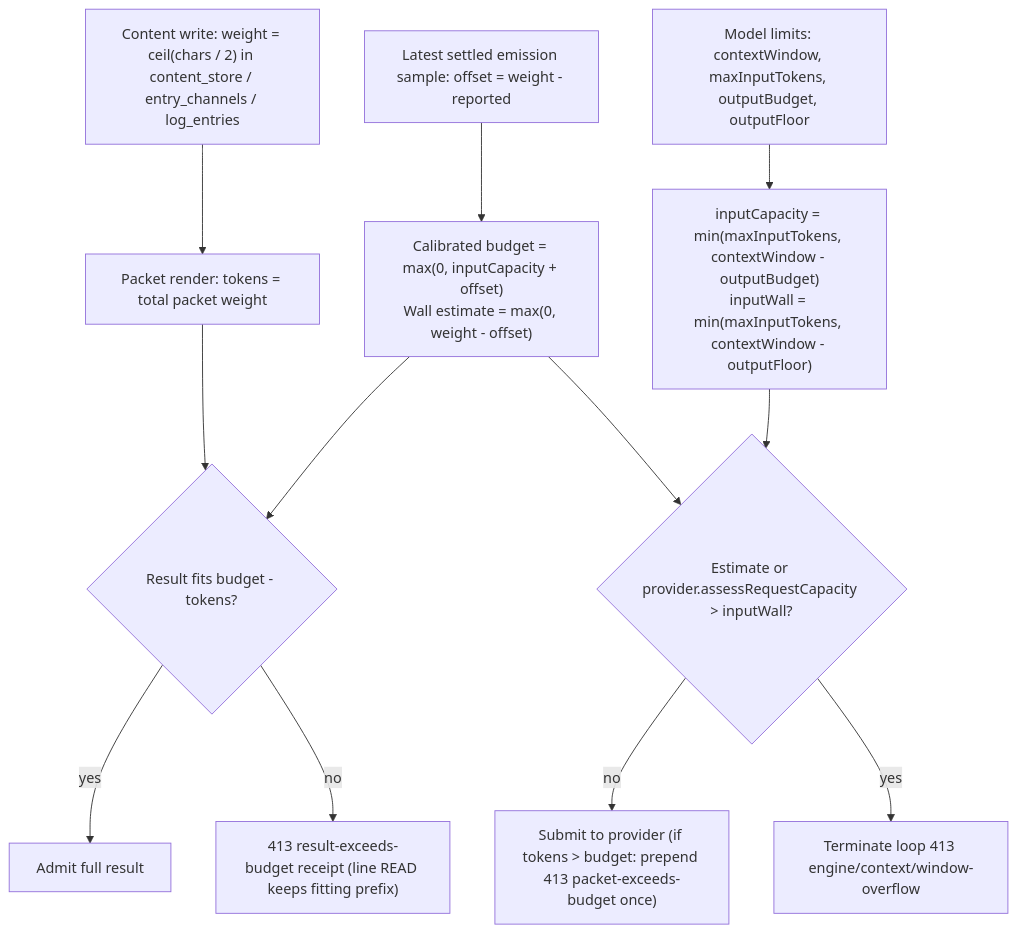
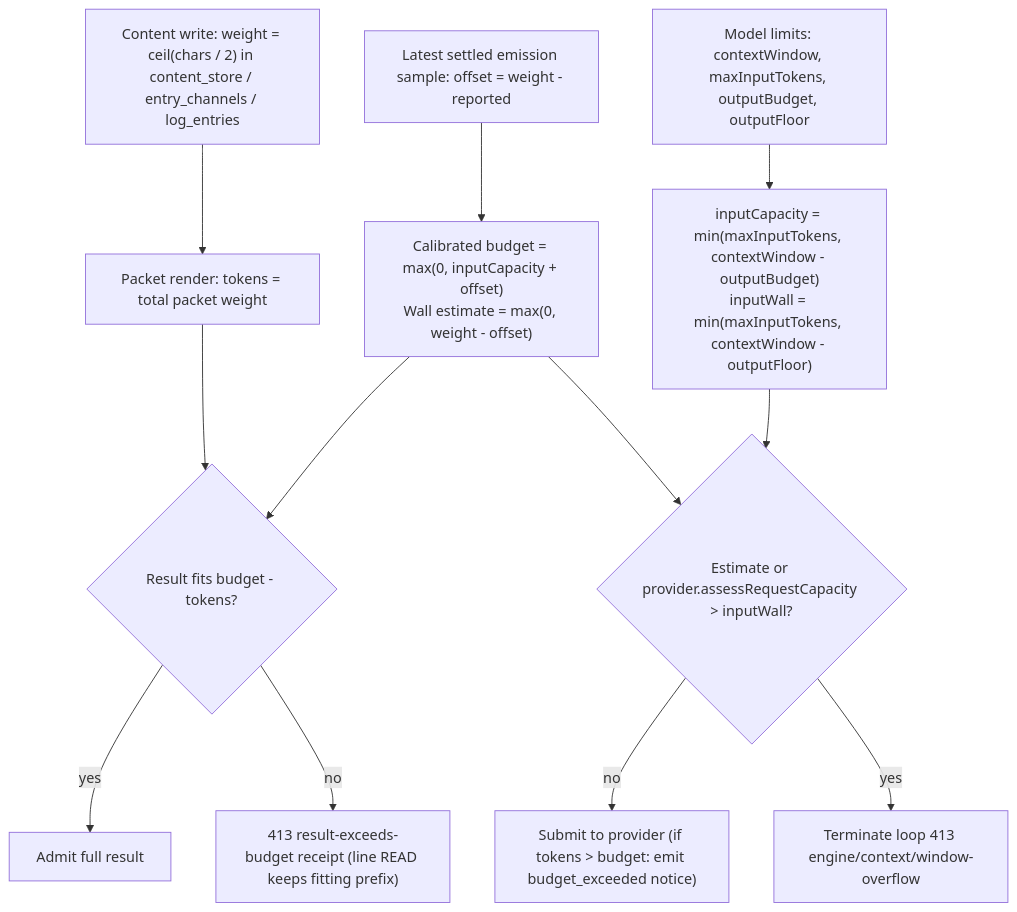
Diagram 11 of 13 in plurnk-core/SPEC.md (plurnk/plurnk-service), drawn with Mermaid before and after one commit. The commit also changed other lines of this file and 46 other files, not shown here.

````diff
--- a/plurnk-core/SPEC.md
+++ b/plurnk-core/SPEC.md
@@ -1132,12 +1132,12 @@
 ```mermaid
 flowchart TD
   W["Content write: weight = ceil(chars / 2) in content_store / entry_channels / log_entries"] --> P["Packet render: tokens = total packet weight"]
   M["Model limits: contextWindow, maxInputTokens, outputBudget, outputFloor"] --> C["inputCapacity = min(maxInputTokens, contextWindow - outputBudget)<br/>inputWall = min(maxInputTokens, contextWindow - outputFloor)"]
   S["Latest settled emission sample: offset = weight - reported"] --> B["Calibrated budget = max(0, inputCapacity + offset)<br/>Wall estimate = max(0, weight - offset)"]
   P & B --> F{"Result fits budget - tokens?"}
   F -->|yes| OK["Admit full result"]
   F -->|no| R413["413 result-exceeds-budget receipt (line READ keeps fitting prefix)"]
   B & C --> WL{"Estimate or provider.assessRequestCapacity > inputWall?"}
-  WL -->|no| GEN["Submit to provider (if tokens > budget: prepend 413 packet-exceeds-budget once)"]
+  WL -->|no| GEN["Submit to provider (if tokens > budget: emit budget_exceeded notice)"]
   WL -->|yes| W413["Terminate loop 413 engine/context/window-overflow"]
 ```
````
